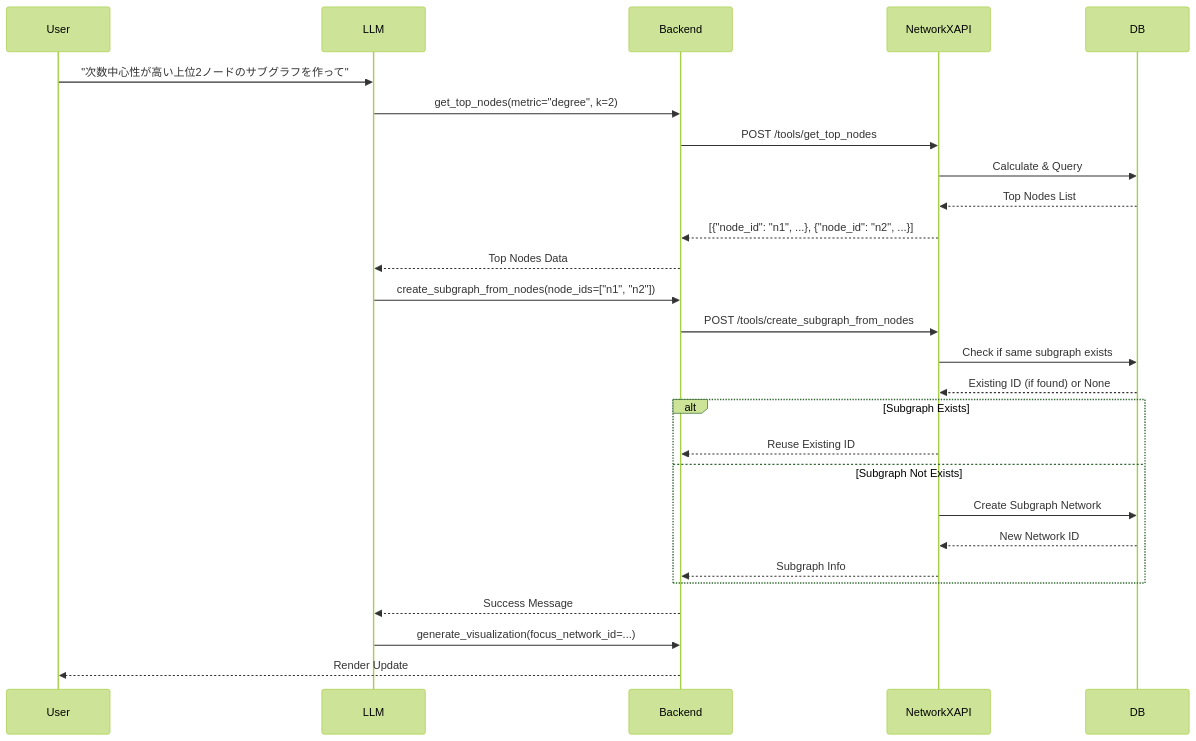
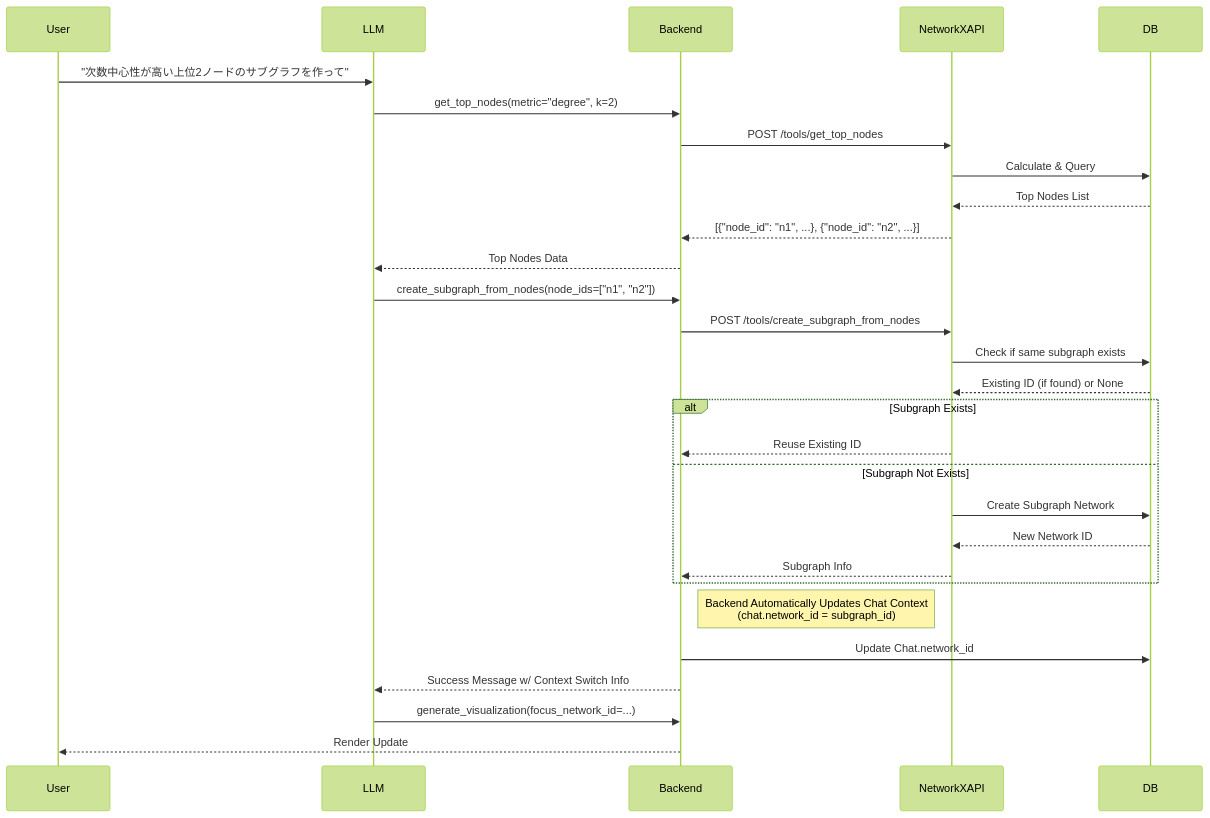
One commit to vdslab/LLMGraphvis changed the fourth of 9 diagrams in specification/2_Technical_Details/6_Core_Workflows.md. Above: the diagram before and after it, drawn with Mermaid (forest theme). The commit also changed other lines of this file and 1 other file, not shown here.

Commit message:
docs: Update backend and core workflow specifications

````diff
--- a/specification/2_Technical_Details/6_Core_Workflows.md
+++ b/specification/2_Technical_Details/6_Core_Workflows.md
@@ -217,32 +217,35 @@
 ```mermaid
 sequenceDiagram
     participant User
     participant LLM
     participant Backend
     participant NetworkXAPI
     participant DB
 
     User->>LLM: "次数中心性が高い上位2ノードのサブグラフを作って"
     LLM->>Backend: get_top_nodes(metric="degree", k=2)
     Backend->>NetworkXAPI: POST /tools/get_top_nodes
     NetworkXAPI->>DB: Calculate & Query
     DB-->>NetworkXAPI: Top Nodes List
     NetworkXAPI-->>Backend: [{"node_id": "n1", ...}, {"node_id": "n2", ...}]
     Backend-->>LLM: Top Nodes Data
 
     LLM->>Backend: create_subgraph_from_nodes(node_ids=["n1", "n2"])
     Backend->>NetworkXAPI: POST /tools/create_subgraph_from_nodes
     NetworkXAPI->>DB: Check if same subgraph exists
     DB-->>NetworkXAPI: Existing ID (if found) or None
     alt Subgraph Exists
         NetworkXAPI-->>Backend: Reuse Existing ID
     else Subgraph Not Exists
         NetworkXAPI->>DB: Create Subgraph Network
         DB-->>NetworkXAPI: New Network ID
         NetworkXAPI-->>Backend: Subgraph Info
     end
-    Backend-->>LLM: Success Message
+    
+    note right of Backend: Backend Automatically Updates Chat Context<br/>(chat.network_id = subgraph_id)
+    Backend->>DB: Update Chat.network_id
+    Backend-->>LLM: Success Message w/ Context Switch Info
 
     LLM->>Backend: generate_visualization(focus_network_id=...)
     Backend-->>User: Render Update
 ```
````
